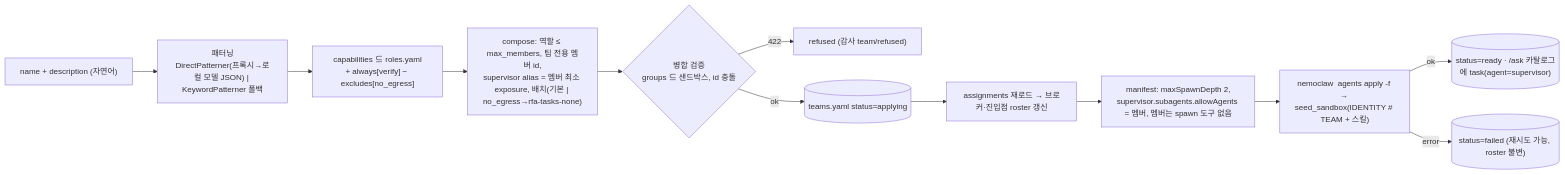
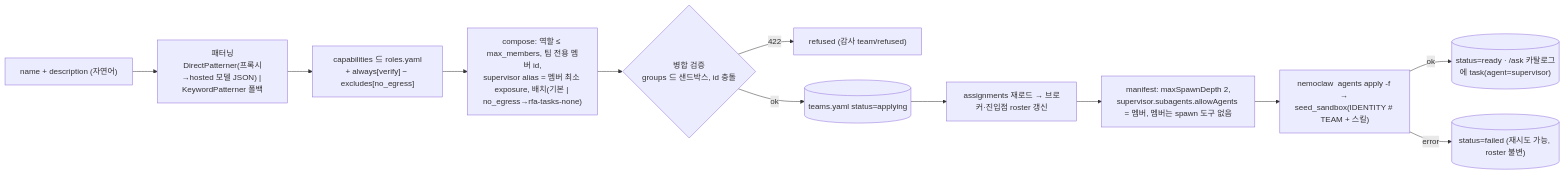
Before and after one commit to SoCAlumni/RFA_mas: the fourth of 18 diagrams in docs/ARCHITECTURE_WORKFLOWS.md, drawn with Mermaid. The commit also changed other lines of this file and 20 other files, not shown here.

````diff
--- a/docs/ARCHITECTURE_WORKFLOWS.md
+++ b/docs/ARCHITECTURE_WORKFLOWS.md
@@ -145,13 +143,13 @@
 ```mermaid
 flowchart LR
-    IN["name + description (자연어)"] --> P["패터닝<br/>DirectPatterner(프록시→로컬 모델 JSON) | KeywordPatterner 폴백"]
+    IN["name + description (자연어)"] --> P["패터닝<br/>DirectPatterner(프록시→hosted 모델 JSON) | KeywordPatterner 폴백"]
     P --> CAP["capabilities ⊆ roles.yaml<br/>+ always[verify] − excludes[no_egress]"]
     CAP --> C["compose: 역할 ≤ max_members, 팀 전용 멤버 id,<br/>supervisor alias = 멤버 최소 exposure, 배치(기본 | no_egress→rfa-tasks-none)"]
     C --> V{"병합 검증<br/>groups ⊆ 샌드박스, id 충돌"} -->|422| X["refused (감사 team/refused)"]
     V -->|ok| T[("teams.yaml status=applying")]
     T --> RL["assignments 재로드 → 브로커·진입점 roster 갱신"]
     RL --> M["manifest: maxSpawnDepth 2,<br/>supervisor.subagents.allowAgents = 멤버, 멤버는 spawn 도구 없음"]
     M --> AP["nemoclaw <sb> agents apply -f → seed_sandbox(IDENTITY # TEAM + 스킬)"]
     AP -->|ok| R[("status=ready · /ask 카탈로그에 task(agent=supervisor)")]
     AP -->|error| F[("status=failed (재시도 가능, roster 불변)")]
 ```
````
